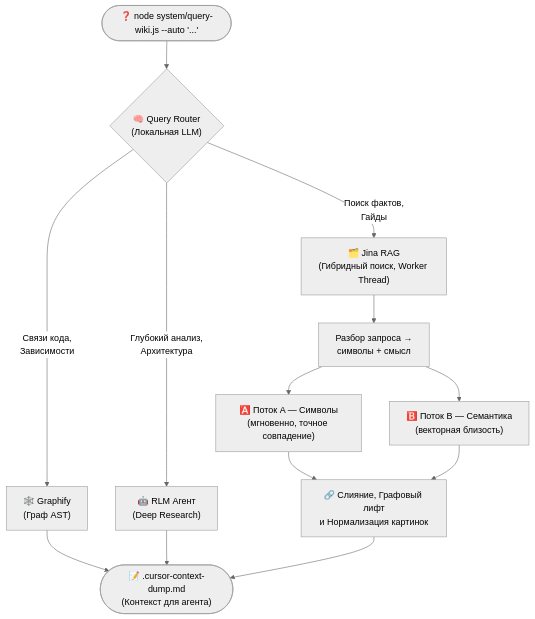
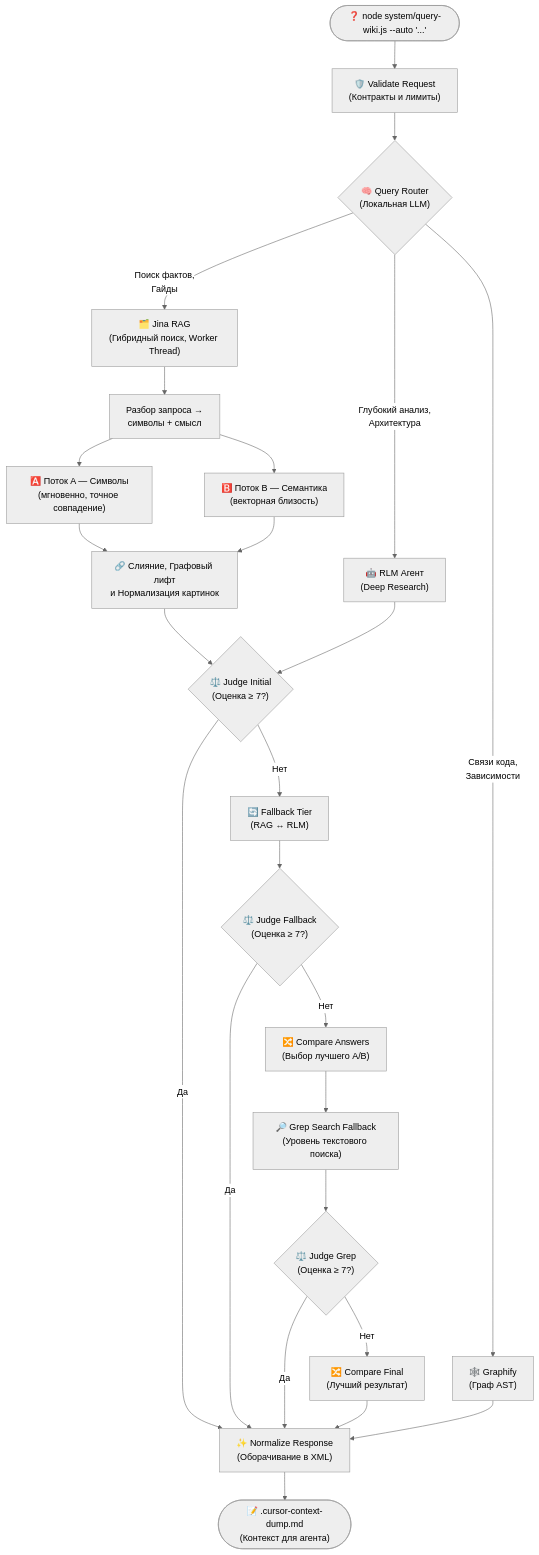
The eighth of 11 diagrams in README.ru.md (gDavASko/DavASkoLLMWiki), drawn with Mermaid (neutral theme) before and after one commit. The commit also changed other lines of this file and 22 other files, not shown here.

````diff
--- a/README.ru.md
+++ b/README.ru.md
@@ -207,15 +211,29 @@
 ```mermaid
 flowchart TD
-    Q(["❓ node system/query-wiki.js --auto '...'"]) --> ROUTER{"🧠 Query Router<br/>(Локальная LLM)"}
+    Q(["❓ node system/query-wiki.js --auto '...'"]) --> VAL["🛡️ Validate Request<br/>(Контракты и лимиты)"]
+    VAL --> ROUTER{"🧠 Query Router<br/>(Локальная LLM)"}
     
     ROUTER -->|Связи кода,<br/>Зависимости| G["🕸️ Graphify<br/>(Граф AST)"]
     ROUTER -->|Глубокий анализ,<br/>Архитектура| RLM["🤖 RLM Агент<br/>(Deep Research)"]
     ROUTER -->|Поиск фактов,<br/>Гайды| RAG["🗂️ Jina RAG<br/>(Гибридный поиск, Worker Thread)"]
 
     RAG --> P["Разбор запроса →<br/>символы + смысл"]
     P --> A["🅰️ Поток A — Символы<br/>(мгновенно, точное совпадение)"]
     P --> B["🅱️ Поток B — Семантика<br/>(векторная близость)"]
     A & B --> MERGE["🔗 Слияние, Графовый лифт<br/>и Нормализация картинок"]
 
-    G & RLM & MERGE --> DUMP(["📝 .cursor-context-dump.md<br/>(Контекст для агента)"])
+    MERGE & RLM --> J1{"⚖️ Judge Initial<br/>(Оценка ≥ 7?)"}
+    J1 -->|Да| NORM["✨ Normalize Response<br/>(Оборачивание в <document> XML)"]
+    J1 -->|Нет| FB["🔄 Fallback Tier<br/>(RAG ↔ RLM)"]
+    FB --> J2{"⚖️ Judge Fallback<br/>(Оценка ≥ 7?)"}
+    J2 -->|Да| NORM
+    J2 -->|Нет| CMP1["🔀 Compare Answers<br/>(Выбор лучшего A/B)"]
+    CMP1 --> GREP["🔎 Grep Search Fallback<br/>(Уровень текстового поиска)"]
+    GREP --> J3{"⚖️ Judge Grep<br/>(Оценка ≥ 7?)"}
+    J3 -->|Да| NORM
+    J3 -->|Нет| CMP2["🔀 Compare Final<br/>(Лучший результат)"]
+    CMP2 --> NORM
+    G --> NORM
+
+    NORM --> DUMP(["📝 .cursor-context-dump.md<br/>(Контекст для агента)"])
 ```
````
